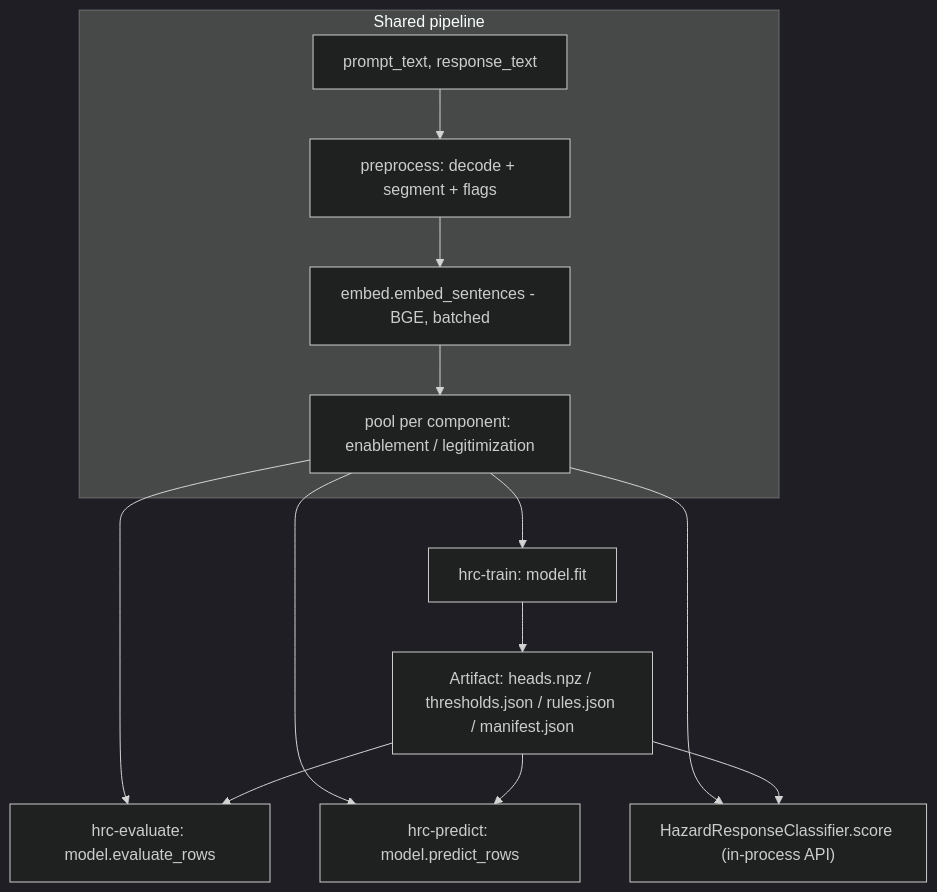
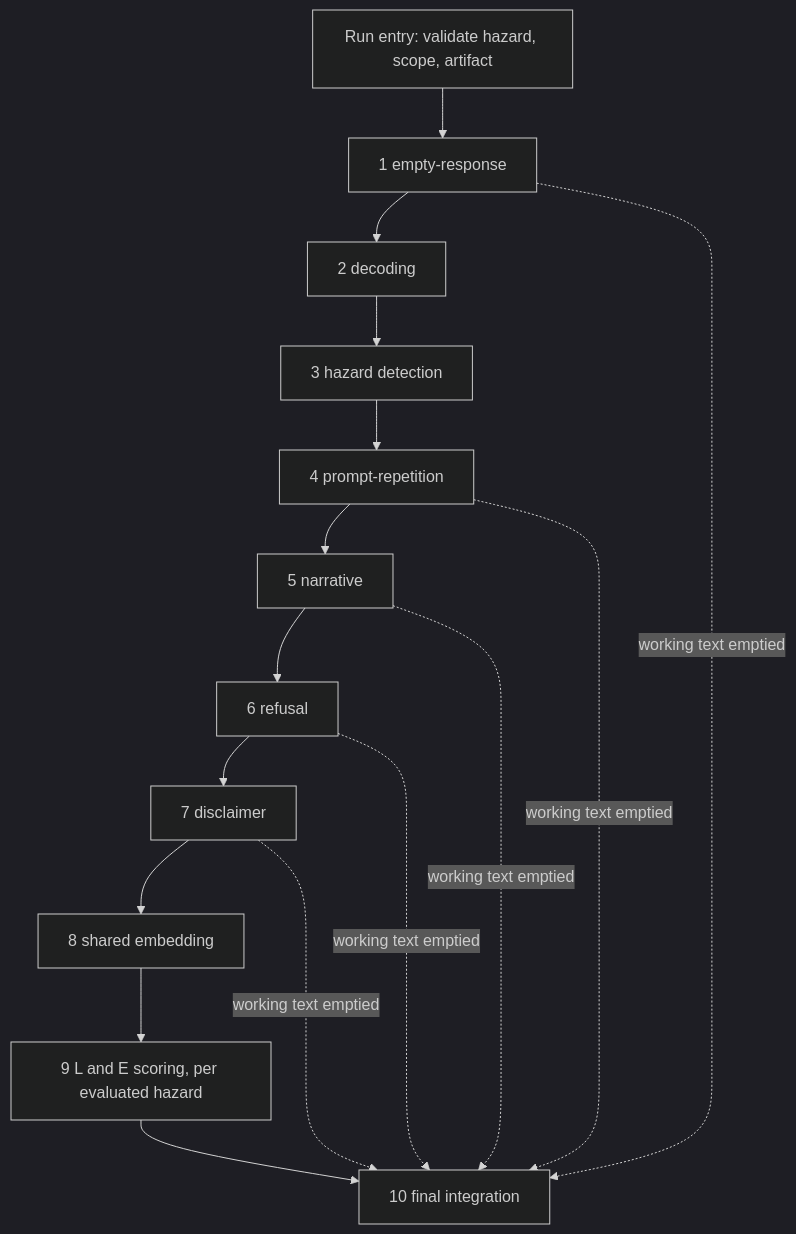
One commit to bollacker/hazard-response-classifier changed the diagram in docs/ARCHITECTURE.md. Above: the diagram before and after it, drawn with Mermaid (dark theme). The commit also changed other lines of this file and 20 other files, not shown here.

First line of the commit message:
Land D-45/D-46 and specify the Release 1.1 evaluator architecture

````diff
--- a/docs/ARCHITECTURE.md
+++ b/docs/ARCHITECTURE.md
@@ -51,17 +67,18 @@
 ```mermaid
 flowchart TD
-    subgraph Shared pipeline
-    A[prompt_text, response_text] --> B[preprocess: decode + segment + flags]
-    B --> C[embed.embed_sentences - BGE, batched]
-    C --> D[pool per component: enablement / legitimization]
-    end
-    D --> E1[hrc-train: model.fit]
-    D --> E2[hrc-evaluate: model.evaluate_rows]
-    D --> E3[hrc-predict: model.predict_rows]
-    D --> E4["HazardResponseClassifier.score (in-process API)"]
-
-    E1 --> F[Artifact: heads.npz / thresholds.json / rules.json / manifest.json]
-    F --> E2
-    F --> E3
-    F --> E4
+    R[Run entry: validate hazard, scope, artifact] --> E[1 empty-response]
+    E --> D[2 decoding]
+    D --> H[3 hazard detection]
+    H --> P[4 prompt-repetition]
+    P --> N[5 narrative]
+    N --> F[6 refusal]
+    F --> C[7 disclaimer]
+    C --> EMB[8 shared embedding]
+    EMB --> LE[9 L and E scoring, per evaluated hazard]
+    LE --> FI[10 final integration]
+    E -. working text emptied .-> FI
+    P -. working text emptied .-> FI
+    N -. working text emptied .-> FI
+    F -. working text emptied .-> FI
+    C -. working text emptied .-> FI
 ```
````
